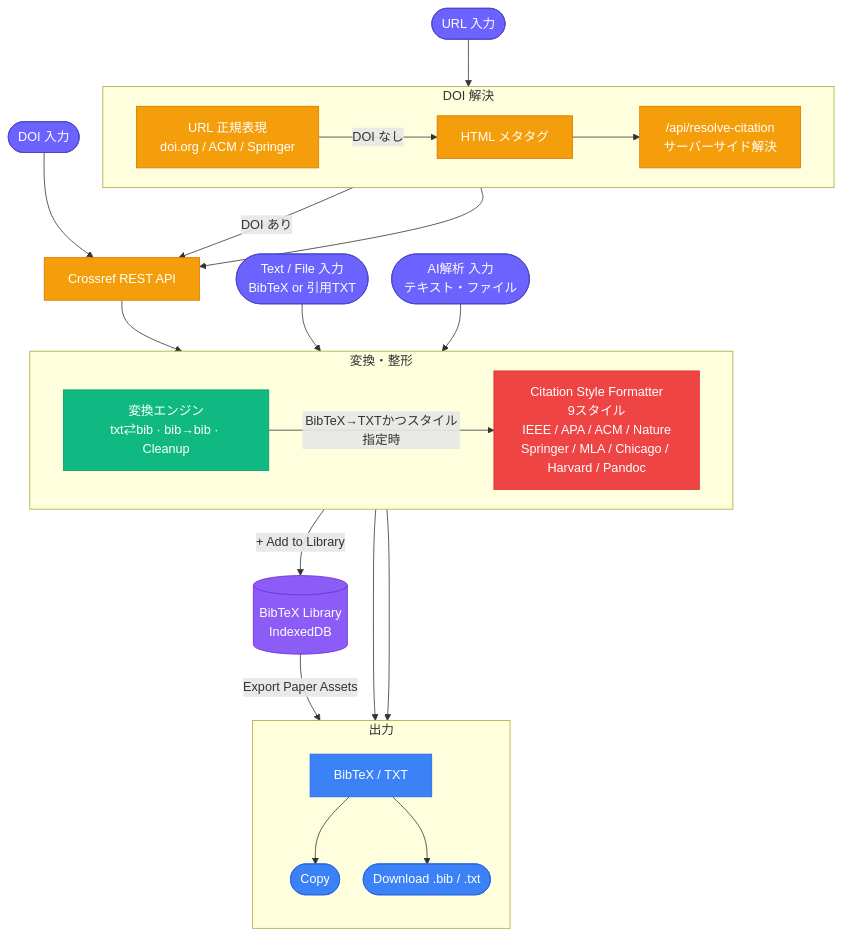
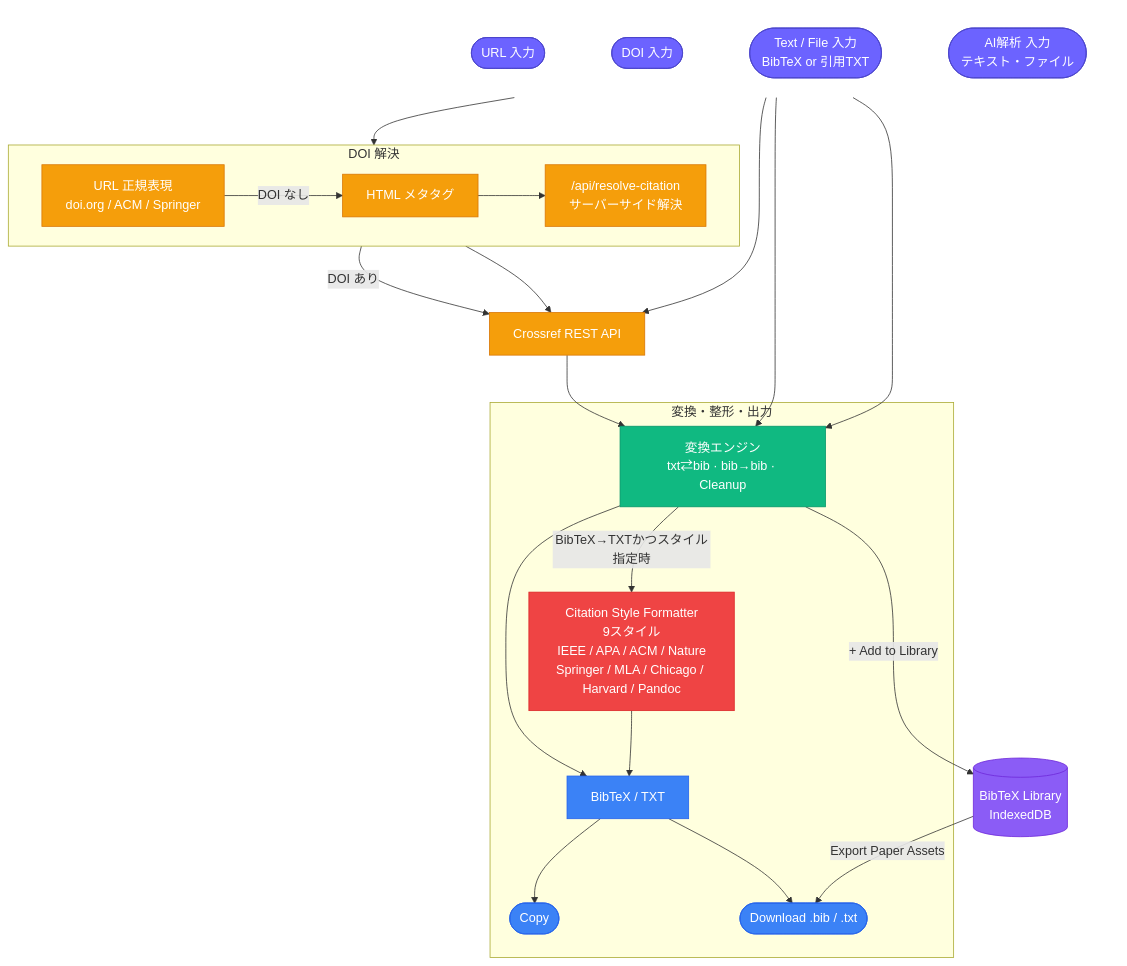
Before and after one commit to Axe0320/latex-research-toolkit: the first of 3 diagrams in docs/architecture/citation.md, drawn with Mermaid. The commit also changed 1 other file, not shown here.

Commit message:
アーキテクチャ図をさらに調整（枠統合・出力配置・入力ノード整列）
- Citation「システム全体」：「変換・整形」と「出力」の枠を1つ（「変換・整形・出力」）に統合。変換エンジン→BibTeX/TXTとCitation Style Formatter→BibTeX/TXTの2本の矢印はどちらも意味的に必要なため残し、枠の境界をまたがなくすることで密着せずはっきり分かれて描画されるようにした
- Citation「システム全体」：URL/DOI/Text・File/AI解析の4つの入力ノードを1つの透明な枠にまとめ、横一列に整列。Text・File入力とAI解析入力が変換エンジンへ直接つながる構造は変えていない
- 画像変換「システム全体」：「出力・活用」枠のdirection LRと見えない接続線を削除し、縦積みのレイアウトに戻した

````diff
--- a/docs/architecture/citation.md
+++ b/docs/architecture/citation.md
@@ -15,55 +15,55 @@
 ```mermaid
 %%{init: {'flowchart': {'nodeSpacing': 30, 'rankSpacing': 60}}}%%
 flowchart TD
     classDef input  fill:#6C63FF,color:#fff,stroke:#4a44cc
     classDef api    fill:#F59E0B,color:#fff,stroke:#D97706
     classDef parse  fill:#10B981,color:#fff,stroke:#059669
     classDef format fill:#EF4444,color:#fff,stroke:#DC2626
     classDef out    fill:#3B82F6,color:#fff,stroke:#2563EB
     classDef store  fill:#8B5CF6,color:#fff,stroke:#6D28D9
 
-    T(["Text / File 入力<br/>BibTeX or 引用TXT"]):::input
-    AI(["AI解析 入力<br/>テキスト・ファイル"]):::input
-    D(["DOI 入力"]):::input
-    U(["URL 入力"]):::input
+    subgraph INPUTS[" "]
+        direction LR
+        U(["URL 入力"]):::input
+        D(["DOI 入力"]):::input
+        T(["Text / File 入力<br/>BibTeX or 引用TXT"]):::input
+        AI(["AI解析 入力<br/>テキスト・ファイル"]):::input
+        U ~~~ D ~~~ T ~~~ AI
+    end
+    style INPUTS fill:transparent,stroke:transparent
 
     subgraph RESOLVE["DOI 解決"]
         direction LR
         RX["URL 正規表現<br/>doi.org / ACM / Springer"]:::api
         META[HTML メタタグ]:::api
         PROXY["/api/resolve-citation<br/>サーバーサイド解決"]:::api
         RX -->|"DOI なし"| META --> PROXY
     end
 
     CR[Crossref REST API]:::api
 
-    subgraph PROC["変換・整形"]
-        direction LR
+    subgraph PROC["変換・整形・出力"]
         CV["変換エンジン<br/>txt⇄bib · bib→bib · Cleanup"]:::parse
         SF["Citation Style Formatter<br/>9スタイル<br/>IEEE / APA / ACM / Nature<br/>Springer / MLA / Chicago / Harvard / Pandoc"]:::format
-        CV -->|"BibTeX→TXTかつスタイル指定時"| SF
-    end
-
-    subgraph OUT["出力"]
-        direction TB
         OP[BibTeX / TXT]:::out
         CP([Copy]):::out
         DL([Download .bib / .txt]):::out
+        CV -->|"BibTeX→TXTかつスタイル指定時"| SF
+        CV --> OP
+        SF --> OP
         OP --> CP
         OP --> DL
     end
 
     LIB[("BibTeX Library<br/>IndexedDB")]:::store
 
     U --> RX
     D --> CR
     RX -->|"DOI あり"| CR
     PROXY --> CR
     CR --> CV
     T --> CV
     AI --> CV
-    CV --> OP
-    SF --> OP
     CV -->|"+ Add to Library"| LIB
     LIB -->|"Export Paper Assets"| DL
 ```
````
